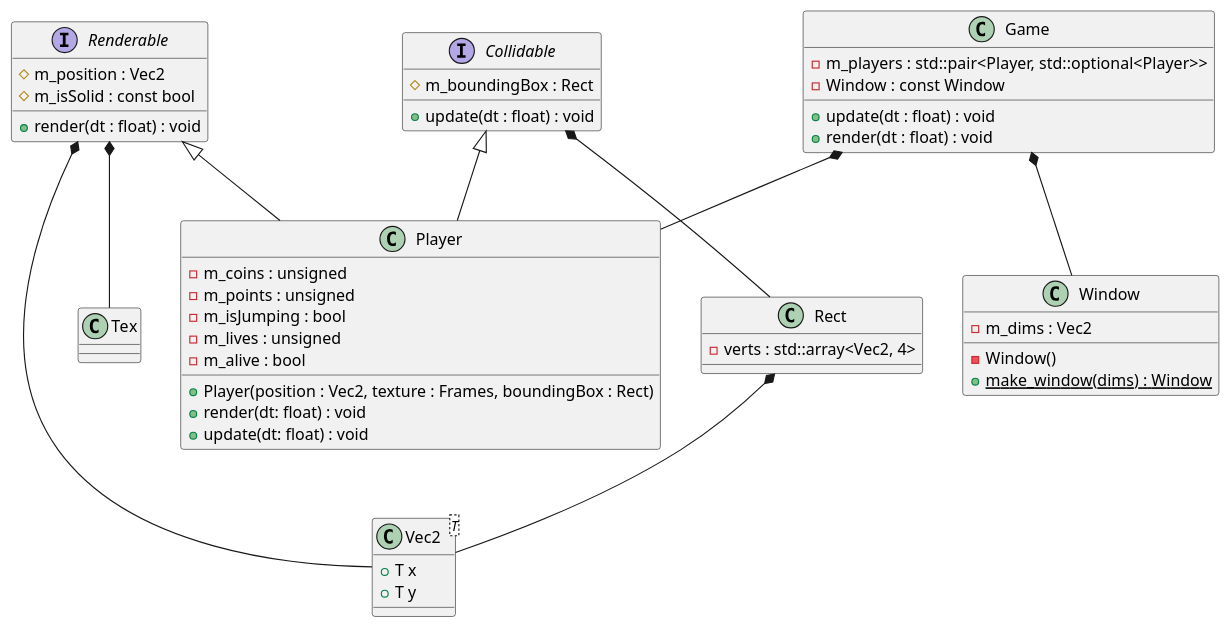
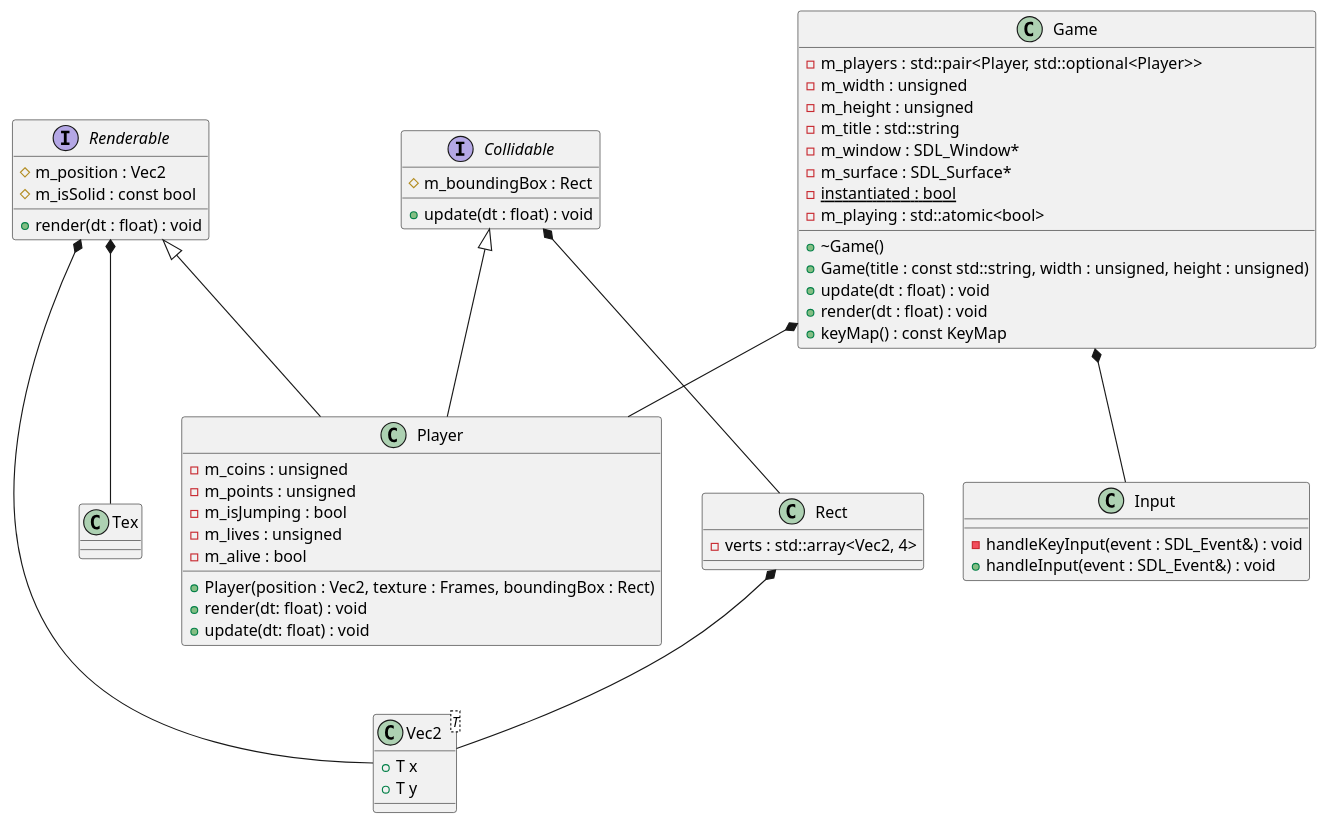
One commit to JamesGaier/SDL-Mario changed the diagram in Documentation.md. Above: the diagram before and after it, drawn with PlantUML. The commit also changed 7 other files, not shown here.

````diff
--- a/Documentation.md
+++ b/Documentation.md
@@ -3,68 +3,76 @@
 ```plantuml
 
 
 @startuml
 
 Renderable *-- Vec2
 Renderable *-- Tex
 
 
 
 interface Renderable {
     #m_position : Vec2
     #m_isSolid : const bool
     +render(dt : float) : void
 }
 
  Collidable *-- Rect
 
 interface Collidable {
     #m_boundingBox : Rect
     +update(dt : float) : void
 }
 
 Rect *-- Vec2
 
 class Rect {
     -verts : std::array<Vec2, 4>
 }
 
 
 class Vec2<T> {
     +T x
     +T y
 }
 
 Collidable <|-- Player
 Renderable <|-- Player
 
 
 class Player {
     -m_coins : unsigned
     -m_points : unsigned
     -m_isJumping : bool
     -m_lives : unsigned
     -m_alive : bool
     +Player(position : Vec2, texture : Frames, boundingBox : Rect)
     +render(dt: float) : void
     +update(dt: float) : void
 }
 
-class Window {
-    -m_dims : Vec2
-    -Window()
-    +{static}make_window(dims) : Window
+class Input {
+    -handleKeyInput(event : SDL_Event&) : void
+    +handleInput(event : SDL_Event&) : void
 }
 
-Game *-- Window
 Game *-- Player
+Game *-- Input
 
 class Game {
     -m_players : std::pair<Player, std::optional<Player>>
-    -Window : const Window
+    -m_width : unsigned
+    -m_height : unsigned
+    -m_title : std::string
+    -m_window : SDL_Window*
+    -m_surface : SDL_Surface*
+    -{static}instantiated : bool
+    -m_playing : std::atomic<bool>
+    +~Game()
+    +Game(title : const std::string, width : unsigned, height : unsigned)
     +update(dt : float) : void
     +render(dt : float) : void
+    +keyMap() : const KeyMap
 }
 
 @enduml
 ```
````
